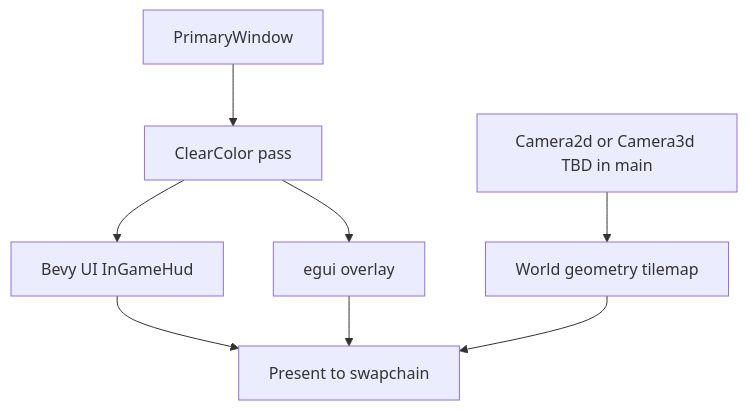
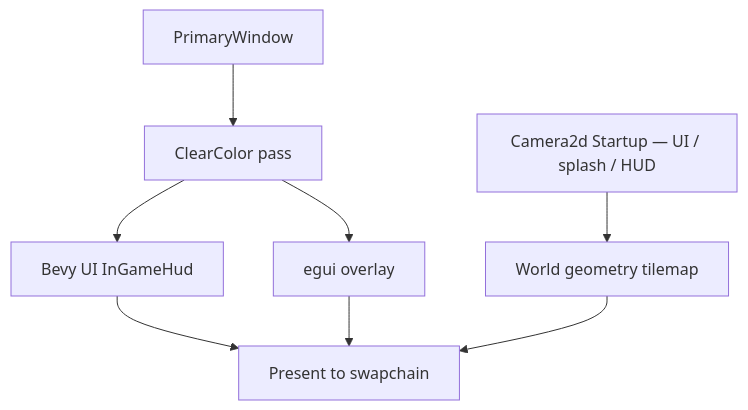
One commit to zeplaz/Rust_engine_template_01 changed diagram 12 of 13 in prompts/guides/engine_architecture_human_map_v1.md. Above: the diagram before and after it, drawn with Mermaid. The commit also changed other lines of this file and 32 other files, not shown here.

````diff
--- a/prompts/guides/engine_architecture_human_map_v1.md
+++ b/prompts/guides/engine_architecture_human_map_v1.md
@@ -294,13 +308,13 @@
 ```mermaid
 graph TB
   W["PrimaryWindow"]
   W --> CLR["ClearColor pass"]
   CLR --> L1["Bevy UI InGameHud"]
   CLR --> L2["egui overlay"]
   L3["World geometry tilemap"]
-  CAM["Camera2d or Camera3d TBD in main"]
+  CAM["Camera2d Startup — UI / splash / HUD"]
   CAM --> L3
   L1 --> OUT["Present to swapchain"]
   L2 --> OUT
   L3 --> OUT
 ```
````
